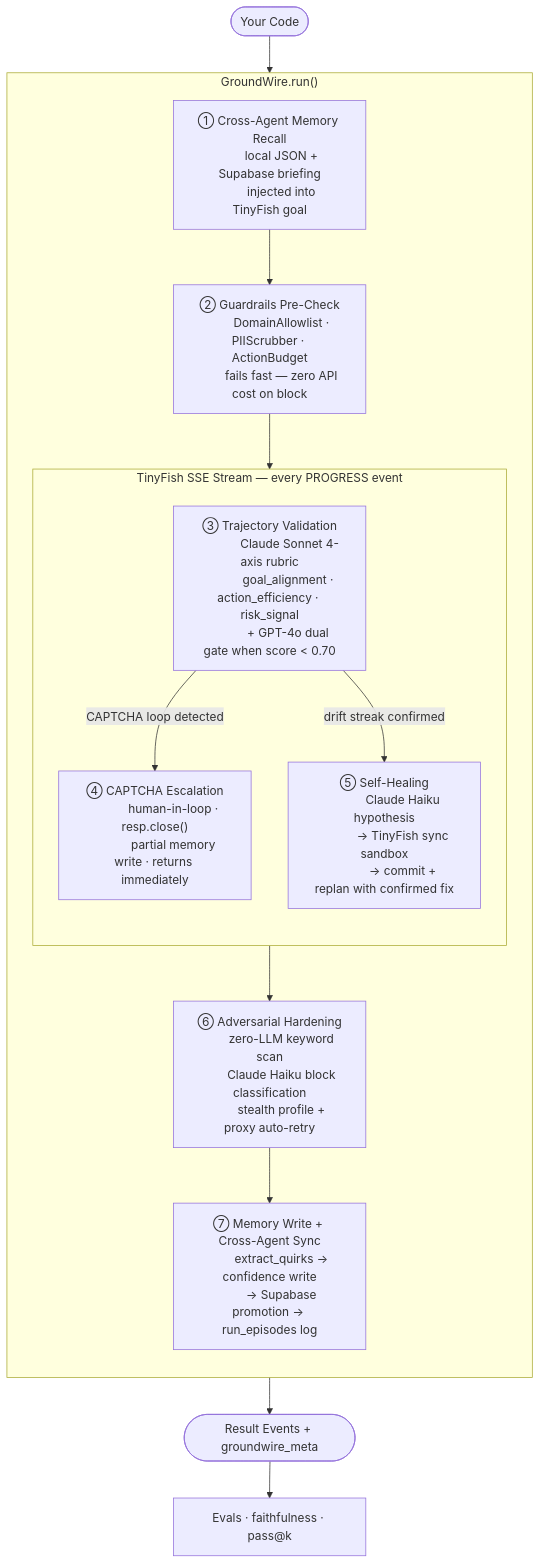
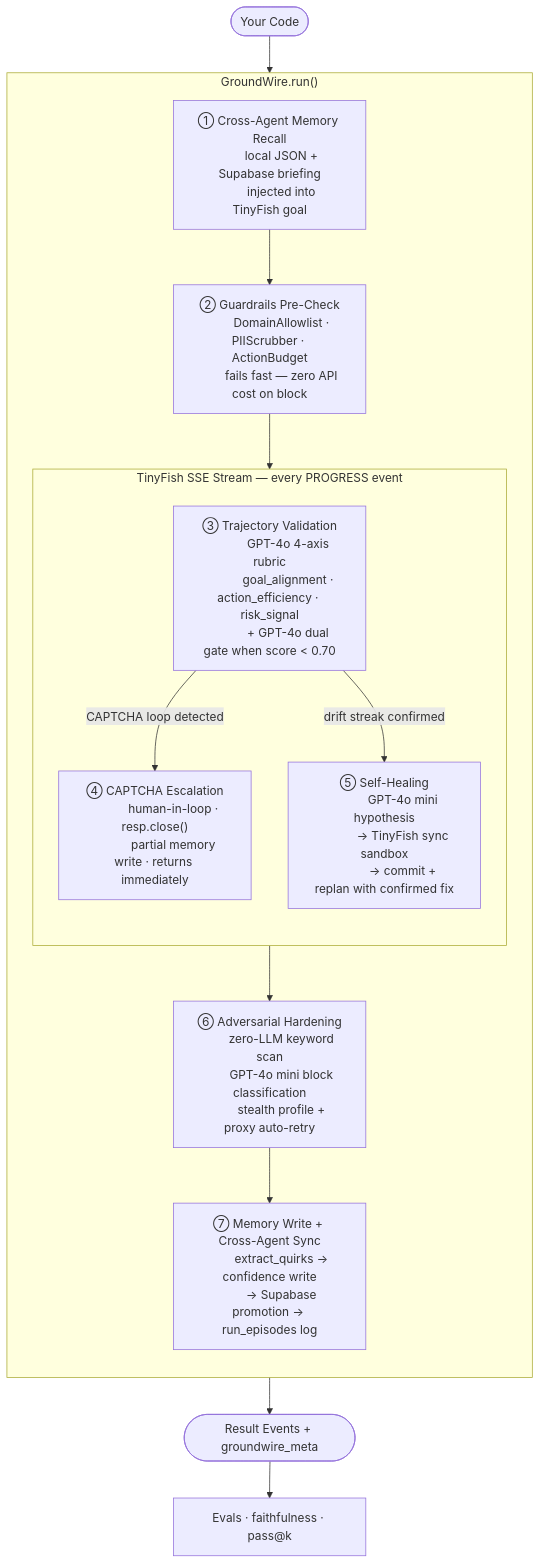
The diagram in README.md (cmengu/GroundWire), drawn with Mermaid before and after one commit. The commit also changed other lines of this file, not shown here.

First line of the commit message:
docs: replace all Claude references with OpenAI (GPT-4o / GPT-4o mini) in README

````diff
--- a/README.md
+++ b/README.md
@@ -29,41 +29,41 @@
 ```mermaid
 flowchart TD
     A([Your Code]) --> B
 
     subgraph GW["  GroundWire.run()  "]
         direction TB
         B["① Cross-Agent Memory Recall
         local JSON + Supabase briefing
         injected into TinyFish goal"]
         B --> C["② Guardrails Pre-Check
         DomainAllowlist · PIIScrubber · ActionBudget
         fails fast — zero API cost on block"]
         C --> TF
 
         subgraph TF["  TinyFish SSE Stream — every PROGRESS event  "]
             direction TB
             V["③ Trajectory Validation
-            Claude Sonnet 4-axis rubric
+            GPT-4o 4-axis rubric
             goal_alignment · action_efficiency · risk_signal
             + GPT-4o dual gate when score < 0.70"]
             V -->|CAPTCHA loop detected| CA["④ CAPTCHA Escalation
             human-in-loop · resp.close()
             partial memory write · returns immediately"]
             V -->|drift streak confirmed| SH["⑤ Self-Healing
-            Claude Haiku hypothesis
+            GPT-4o mini hypothesis
             → TinyFish sync sandbox
             → commit + replan with confirmed fix"]
         end
 
         TF --> AH["⑥ Adversarial Hardening
         zero-LLM keyword scan
-        Claude Haiku block classification
+        GPT-4o mini block classification
         stealth profile + proxy auto-retry"]
         AH --> MW["⑦ Memory Write + Cross-Agent Sync
         extract_quirks → confidence write
         → Supabase promotion → run_episodes log"]
     end
 
     MW --> R([Result Events + groundwire_meta])
     R --> E["Evals · faithfulness · pass@k"]
 ```
````
